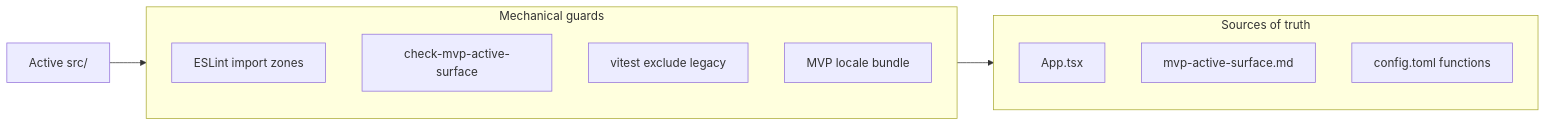
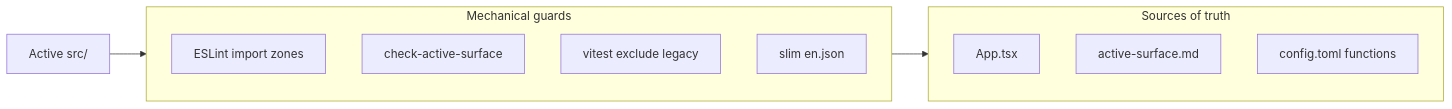
The third of 3 diagrams in .cursor/plans/pause-first_mvp_launch_09b4d948.plan.md (Angelguirao/holzen), drawn with Mermaid before and after one commit. The commit also changed other lines of this file, not shown here.

````diff
--- a/.cursor/plans/pause-first_mvp_launch_09b4d948.plan.md
+++ b/.cursor/plans/pause-first_mvp_launch_09b4d948.plan.md
@@ -670,16 +949,16 @@
 ```mermaid
 flowchart LR
   subgraph guards [Mechanical guards]
     ESLint[ESLint import zones]
-    CI[check-mvp-active-surface]
+    CI[check-active-surface]
     Vitest[vitest exclude legacy]
-    I18n[MVP locale bundle]
+    I18n[slim en.json]
   end
   subgraph truth [Sources of truth]
     Router[App.tsx]
-    Manifest[mvp-active-surface.md]
+    Manifest[active-surface.md]
     Config[config.toml functions]
   end
   ActiveSrc[Active src/] --> guards
   guards --> truth
 ```
````
